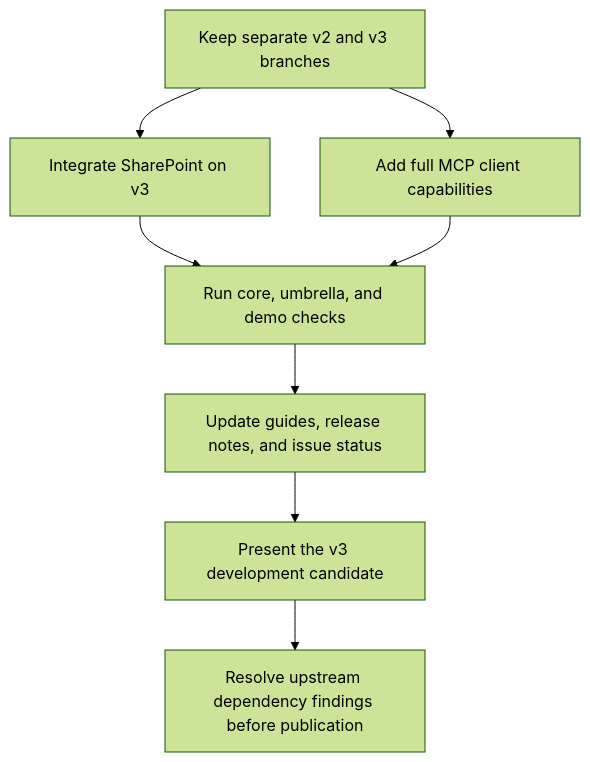
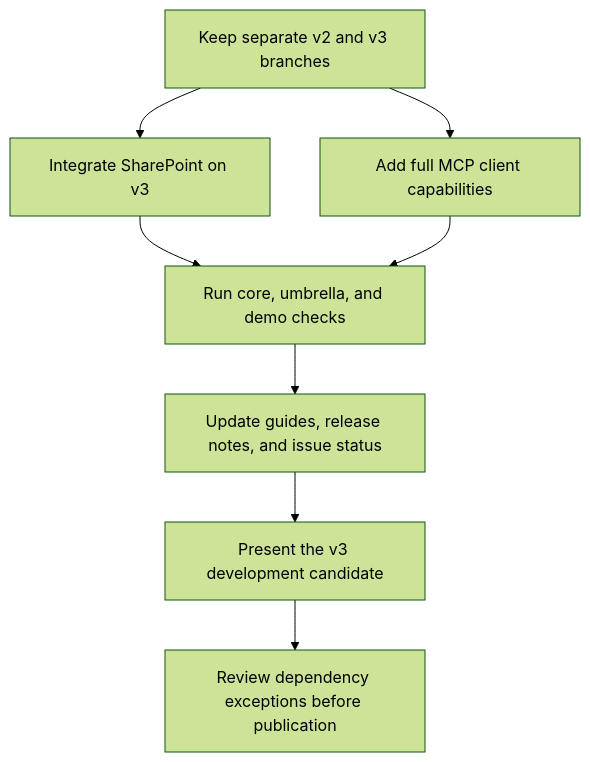
Before and after one commit to agentjido/jido_connect: the diagram in docs/v3_release_plan.md, drawn with Mermaid (forest theme). The commit also changed other lines of this file and 7 other files, not shown here.

````diff
--- a/docs/v3_release_plan.md
+++ b/docs/v3_release_plan.md
@@ -7,10 +7,10 @@
 ```mermaid
 flowchart TD
   A[Keep separate v2 and v3 branches] --> B[Integrate SharePoint on v3]
   A --> C[Add full MCP client capabilities]
   B --> D[Run core, umbrella, and demo checks]
   C --> D
   D --> E[Update guides, release notes, and issue status]
   E --> F[Present the v3 development candidate]
-  F --> G[Resolve upstream dependency findings before publication]
+  F --> G[Review dependency exceptions before publication]
 ```
````
